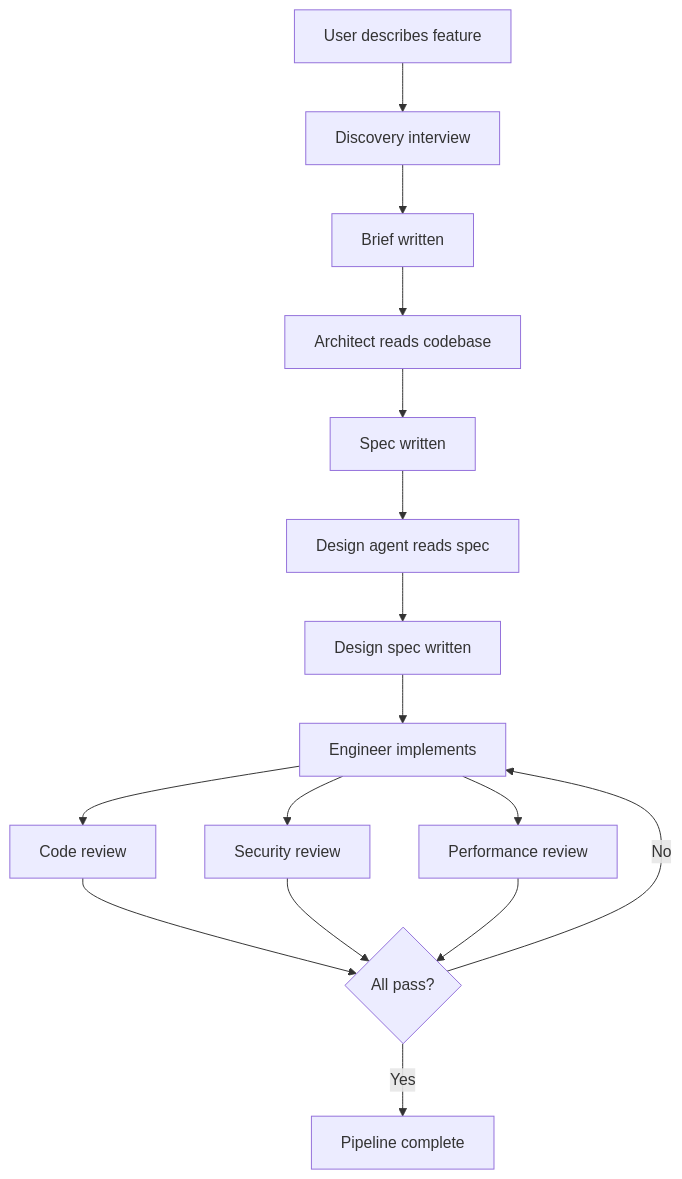
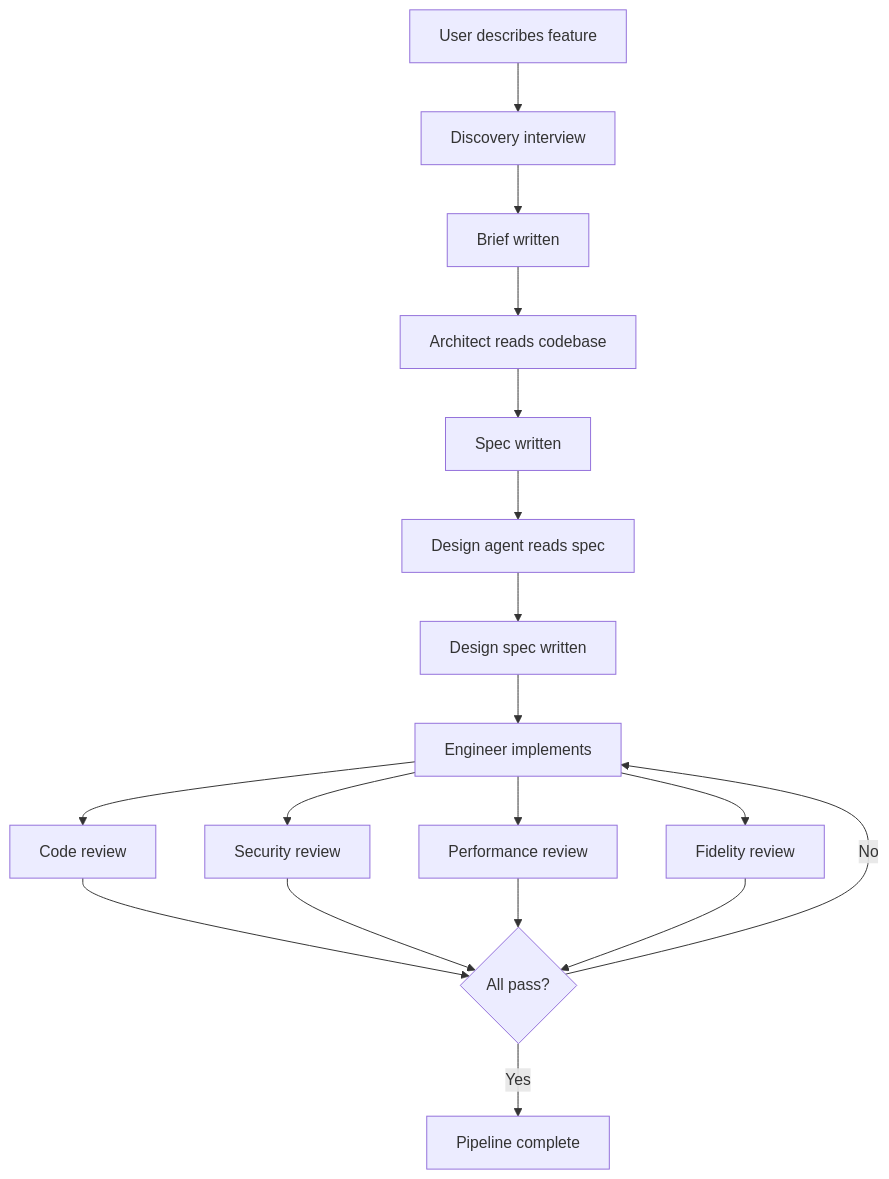
The diagram in docs/pipeline.md (revans/rails-agentic-engineering-team), drawn with Mermaid before and after one commit. The commit also changed other lines of this file and 6 other files, not shown here.

````diff
--- a/docs/pipeline.md
+++ b/docs/pipeline.md
@@ -15,18 +15,20 @@
 ```mermaid
 flowchart TD
     A[User describes feature] --> B[Discovery interview]
     B --> C[Brief written]
     C --> D[Architect reads codebase]
     D --> E[Spec written]
     E --> F[Design agent reads spec]
     F --> G[Design spec written]
     G --> H[Engineer implements]
     H --> I[Code review]
     H --> J[Security review]
     H --> K[Performance review]
+    H --> N[Fidelity review]
     I --> L{All pass?}
     J --> L
     K --> L
+    N --> L
     L -->|Yes| M[Pipeline complete]
     L -->|No| H
 ```
````
